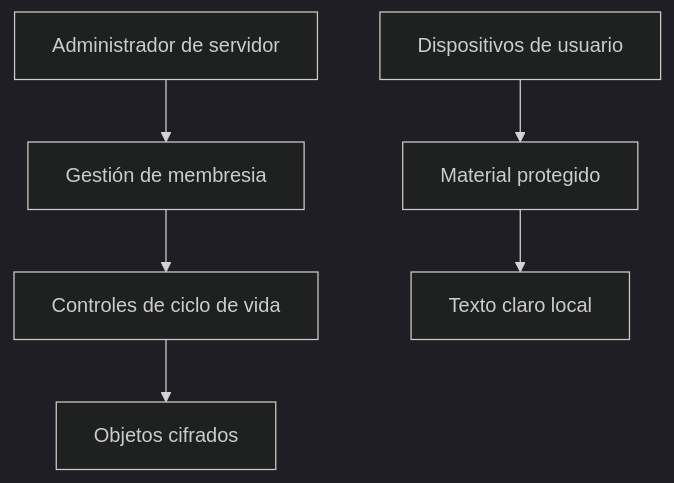
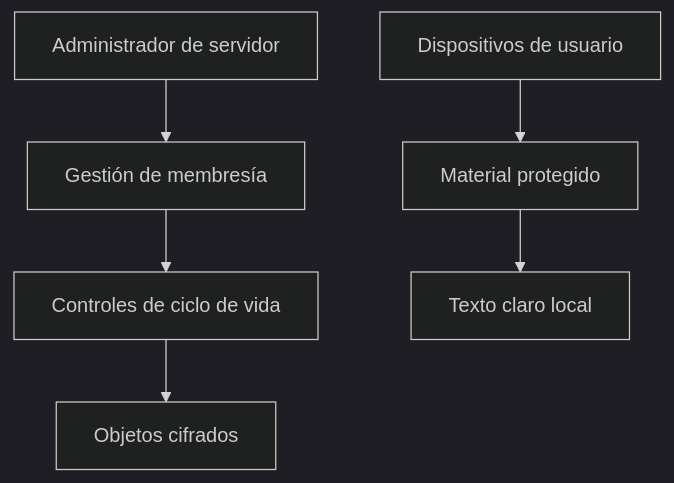
The diagram in es/server/overview.mdx (enigm-llc/docs), drawn with Mermaid (dark theme) before and after one commit. The commit also changed other lines of this file and 43 other files, not shown here.

````diff
--- a/es/server/overview.mdx
+++ b/es/server/overview.mdx
@@ -50,14 +50,14 @@
 ```mermaid
 flowchart TD
   Admin["Administrador de servidor"]
-  Membership["Gestión de membresia"]
+  Membership["Gestión de membresía"]
   Lifecycle["Controles de ciclo de vida"]
   Encrypted["Objetos cifrados"]
 
   Devices["Dispositivos de usuario"]
   Keys["Material protegido"]
   Plaintext["Texto claro local"]
 
   Admin --> Membership --> Lifecycle --> Encrypted
   Devices --> Keys --> Plaintext
 ```
````
